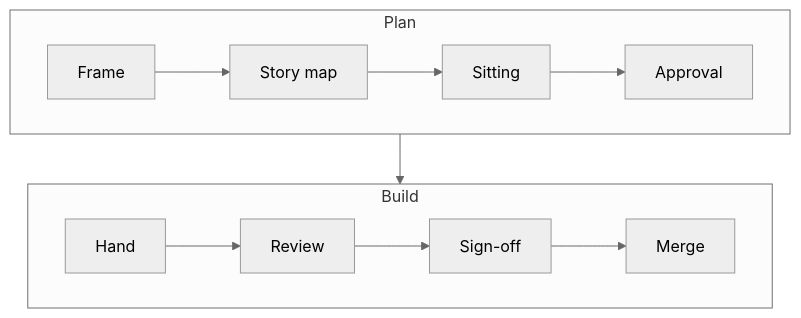
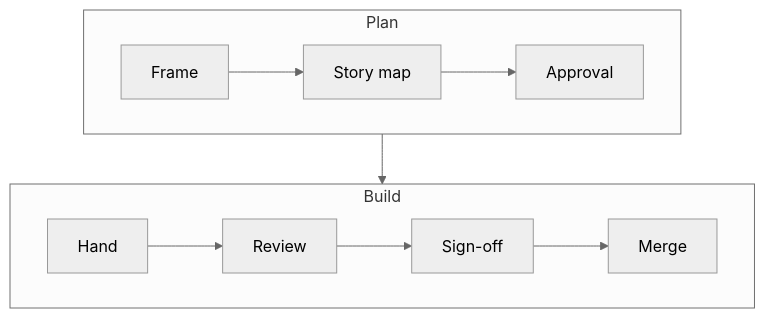
One commit to JSA-Partners/deckhand changed the diagram in README.md. Above: the diagram before and after it, drawn with Mermaid (neutral theme). The commit also changed other lines of this file and 28 other files, not shown here.

First line of the commit message:
feat(stories)!: let the map carry tier, chart and after-merge chores

````diff
--- a/README.md
+++ b/README.md
@@ -31,18 +31,17 @@
 ```mermaid
 flowchart TB
     subgraph Plan
         direction LR
         Frame --> StoryMap["Story map"]
-        StoryMap --> Sitting
-        Sitting --> Approval
+        StoryMap --> Approval
     end
 
     subgraph Build
         direction LR
         Hand --> Review
         Review --> SignOff["Sign-off"]
         SignOff --> Merge
     end
 
     Plan --> Build
 ```
````
